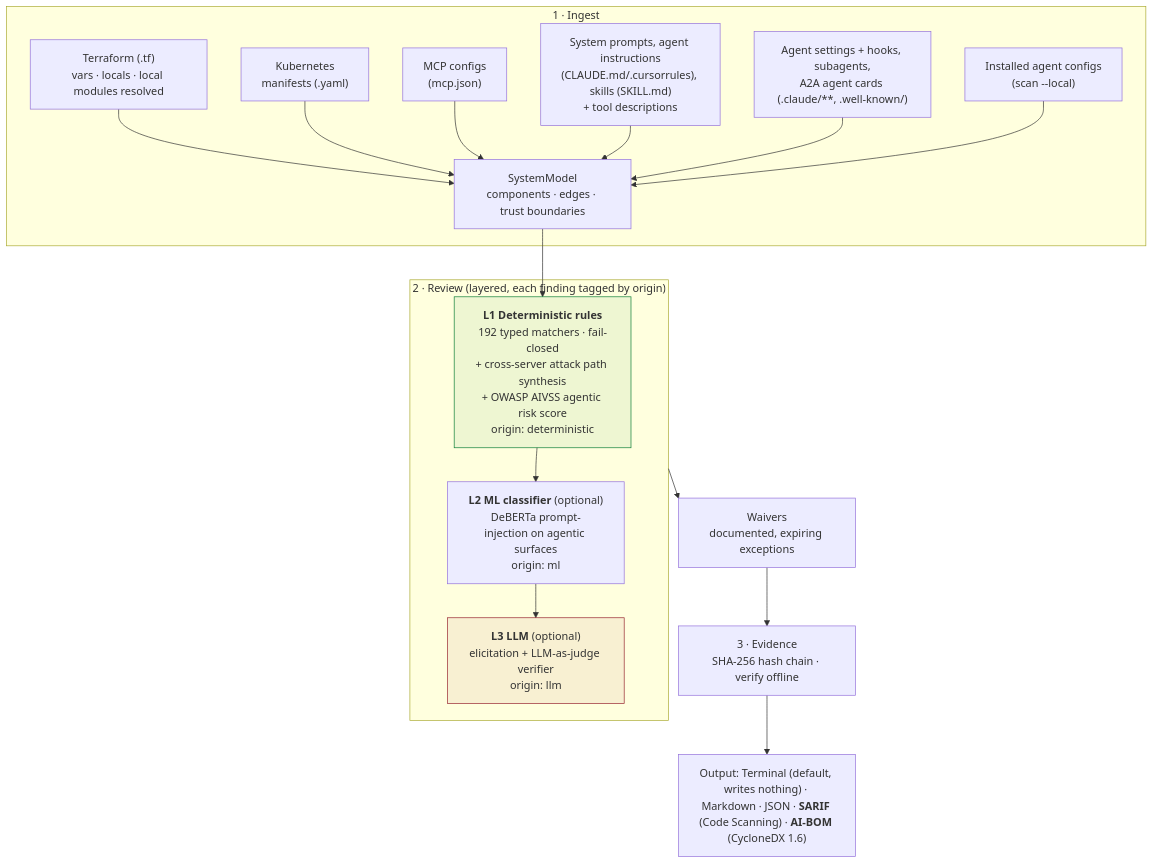
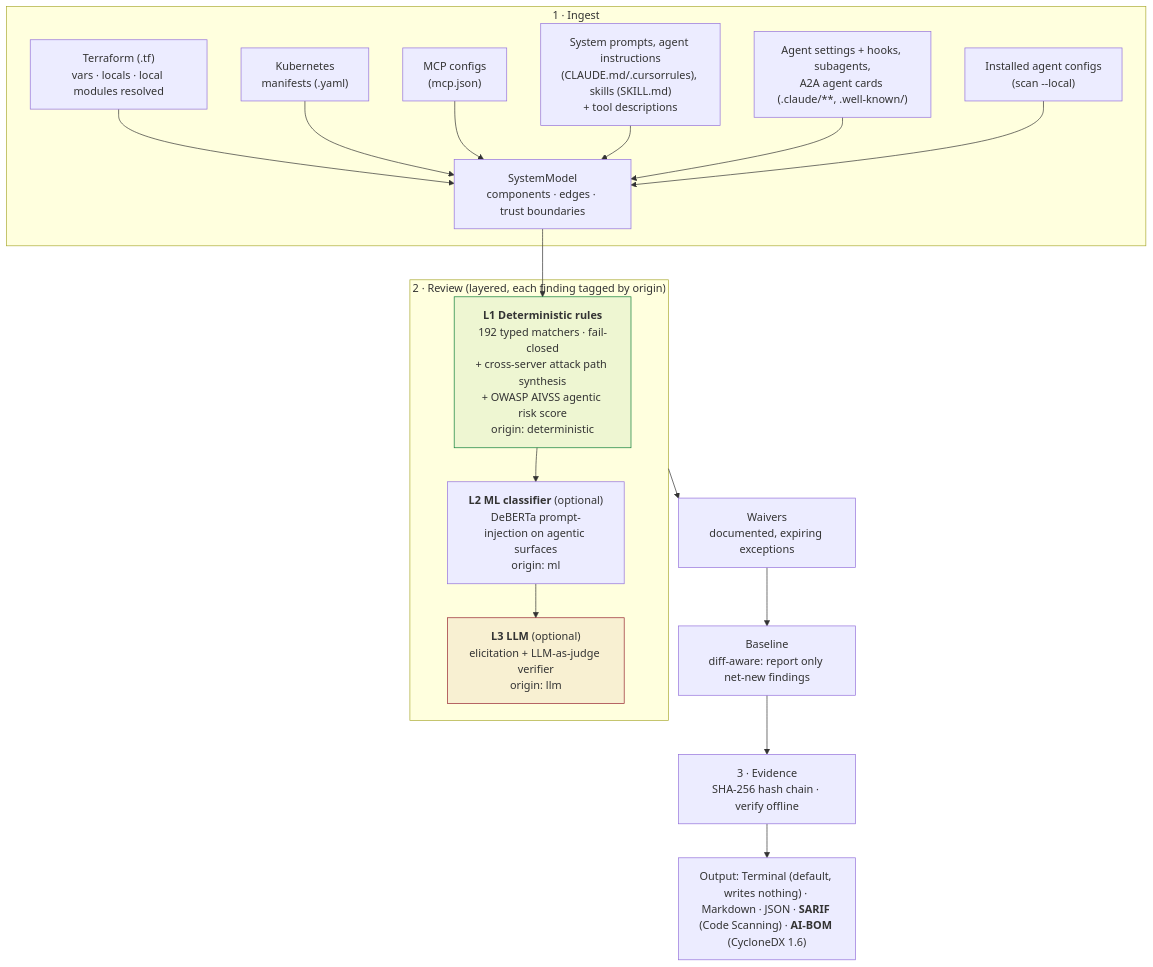
The first of 4 diagrams in README.md (zeyadalsakhii/attestral), drawn with Mermaid before and after one commit. The commit also changed other lines of this file and 6 other files, not shown here.

First line of the commit message:
Add baseline / diff-aware scanning (attestral scan --baseline)

````diff
--- a/README.md
+++ b/README.md
@@ -96,24 +97,25 @@
 ```mermaid
 flowchart TB
     subgraph ING["1 · Ingest"]
         TF["Terraform (.tf)<br/>vars · locals · local modules resolved"] --> M
         K8S["Kubernetes<br/>manifests (.yaml)"] --> M
         MCP["MCP configs<br/>(mcp.json)"] --> M
         SP["System prompts, agent instructions<br/>(CLAUDE.md/.cursorrules), skills (SKILL.md)<br/>+ tool descriptions"] --> M
         AC["Agent settings + hooks, subagents,<br/>A2A agent cards (.claude/**, .well-known/)"] --> M
         LC["Installed agent configs<br/>(scan --local)"] --> M
         M["SystemModel<br/>components · edges · trust boundaries"]
     end
     M --> L1
     subgraph REV["2 · Review (layered, each finding tagged by origin)"]
         L1["<b>L1 Deterministic rules</b><br/>192 typed matchers · fail-closed<br/>+ cross-server attack path synthesis<br/>+ OWASP AIVSS agentic risk score<br/>origin: deterministic"]
         L2["<b>L2 ML classifier</b> (optional)<br/>DeBERTa prompt-injection on agentic surfaces<br/>origin: ml"]
         L3["<b>L3 LLM</b> (optional)<br/>elicitation + LLM-as-judge verifier<br/>origin: llm"]
         L1 --> L2 --> L3
     end
     REV --> W["Waivers<br/>documented, expiring exceptions"]
-    W --> EV["3 · Evidence<br/>SHA-256 hash chain · verify offline"]
+    W --> BL["Baseline<br/>diff-aware: report only net-new findings"]
+    BL --> EV["3 · Evidence<br/>SHA-256 hash chain · verify offline"]
     EV --> OUT["Output: Terminal (default, writes nothing) · Markdown · JSON · <b>SARIF</b> (Code Scanning) · <b>AI-BOM</b> (CycloneDX 1.6)"]
     style L1 fill:#0a7d3611,stroke:#0a7d36
     style L3 fill:#96222E11,stroke:#96222E
 ```
````
